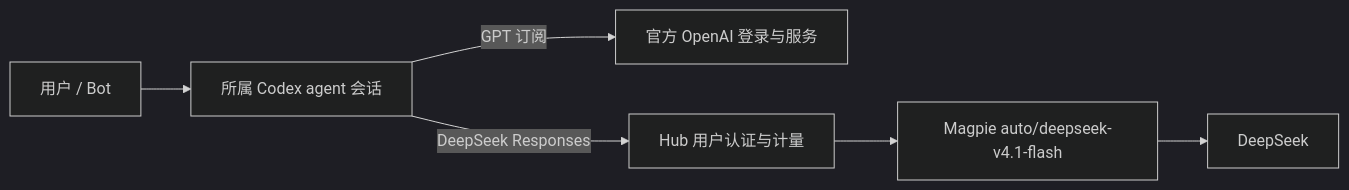
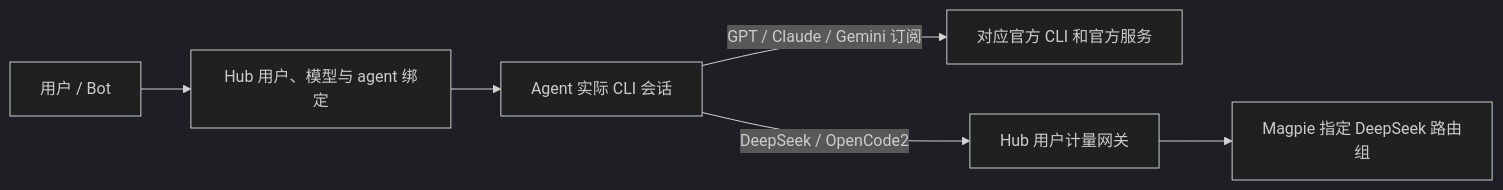
Before and after one commit to Cosm1cAC/vibelink-v2: the diagram in vibelink/docs/bot-model-policy.md, drawn with Mermaid (dark theme). The commit also changed other lines of this file and 34 other files, not shown here.

````diff
--- a/vibelink/docs/bot-model-policy.md
+++ b/vibelink/docs/bot-model-policy.md
@@ -16,8 +16,8 @@
 ```mermaid
 flowchart LR
-  A[用户 / Bot] --> B[所属 Codex agent 会话]
-  B -->|GPT 订阅| C[官方 OpenAI 登录与服务]
-  B -->|DeepSeek Responses| D[Hub 用户认证与计量]
-  D --> E[Magpie auto/deepseek-v4.1-flash]
-  E --> F[DeepSeek]
+  U[用户 / Bot] --> H[Hub 用户、模型与 agent 绑定]
+  H --> A[Agent 实际 CLI 会话]
+  A -->|GPT / Claude / Gemini 订阅| O[对应官方 CLI 和官方服务]
+  A -->|DeepSeek / OpenCode2| M[Hub 用户计量网关]
+  M --> P[Magpie 指定 DeepSeek 路由组]
 ```
````
